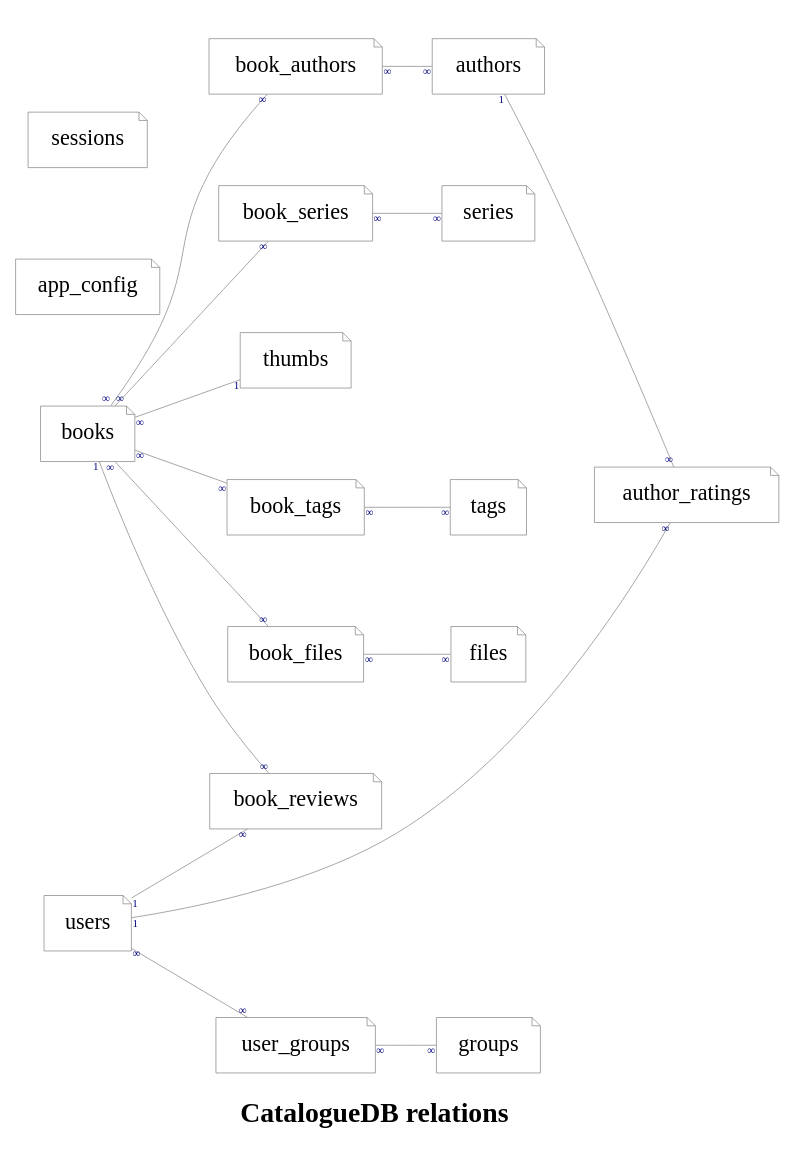
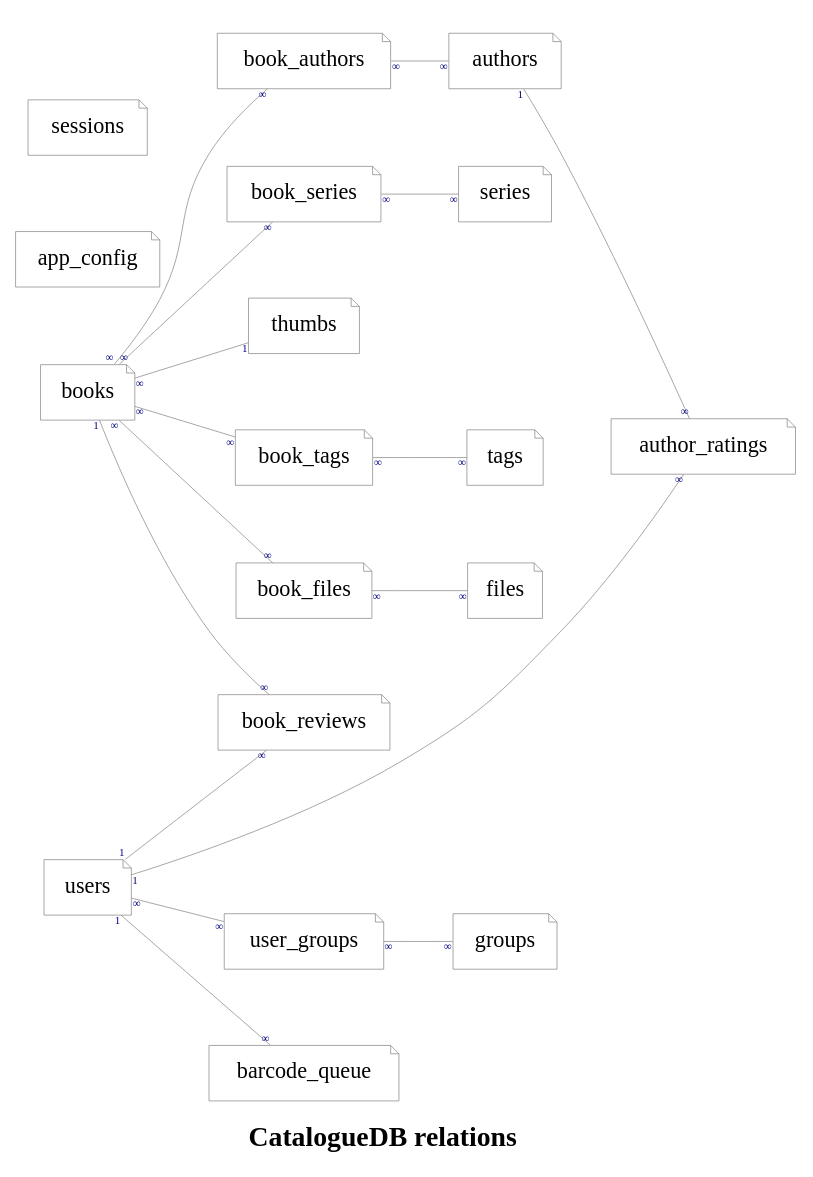
One commit to sio/HomeLibraryCatalog changed the diagram in docs/db_tables.gv. Above: the diagram before and after it, drawn with Graphviz.

Commit message:
relations chart: add barcode_queue table

```diff
--- a/docs/db_tables.gv
+++ b/docs/db_tables.gv
@@ -1,48 +1,49 @@
 # Simplified representation of database schema
 # Rendered with Graphviz (dot -O -Tpdf)
 
 strict graph {
     label = <<b>CatalogueDB relations</b>>
     
     # Layout and style
     graph [
         ratio = 1.414  // 297/210
         rankdir = LR
         fontname = Tahoma
         fontsize = 20
     ]
     node [
         shape = note
         margin = 0.15
         color = gray
         fontname = Tahoma
         fontsize = 16
         tooltip = ""
         penwidth = 0.5
     ]
     edge [
         headlabel = "∞"
         taillabel = "∞"
         margin = 0.1
         color = gray        
         fontname = Tahoma
         fontsize = 8
         fontcolor = navy
         tooltip = ""
         penwidth = 0.5
     ]
 
     # Nodes and edges
     books -- book_authors -- authors
     authors -- author_ratings [taillabel = 1]
     books -- book_series -- series
     books -- thumbs [headlabel = 1]
     books -- book_reviews [taillabel = 1]
     users -- user_groups -- groups
     users -- book_reviews [taillabel = 1]
     users -- author_ratings [taillabel = 1]
     books -- book_tags -- tags
     app_config
     books -- book_files -- files
     sessions
+    users -- barcode_queue [taillabel = 1]
 }
```
